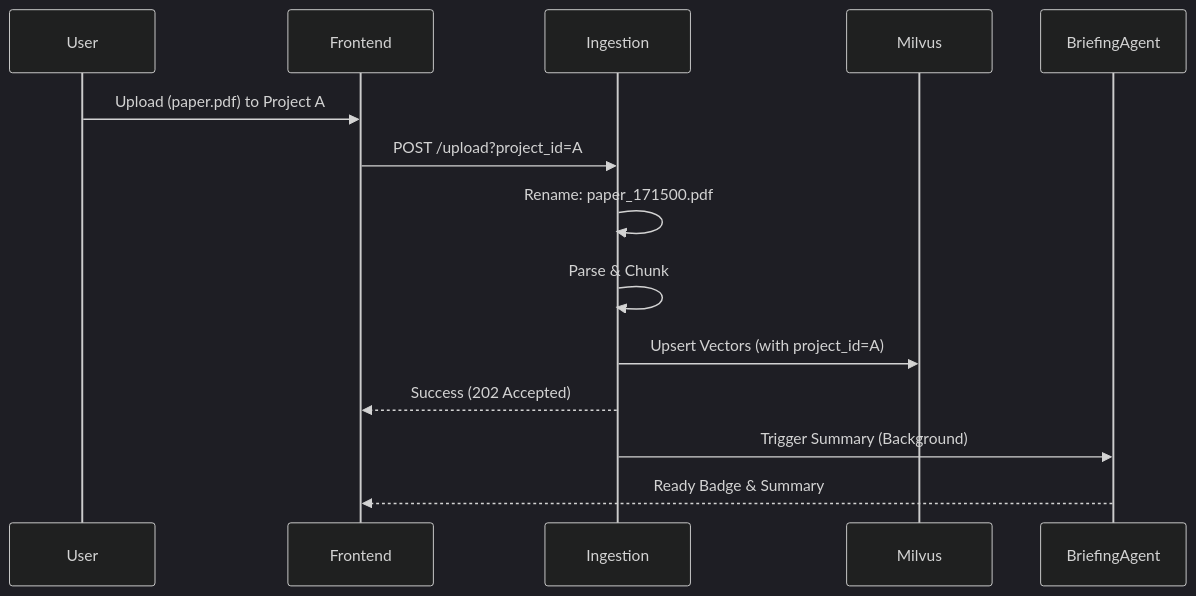
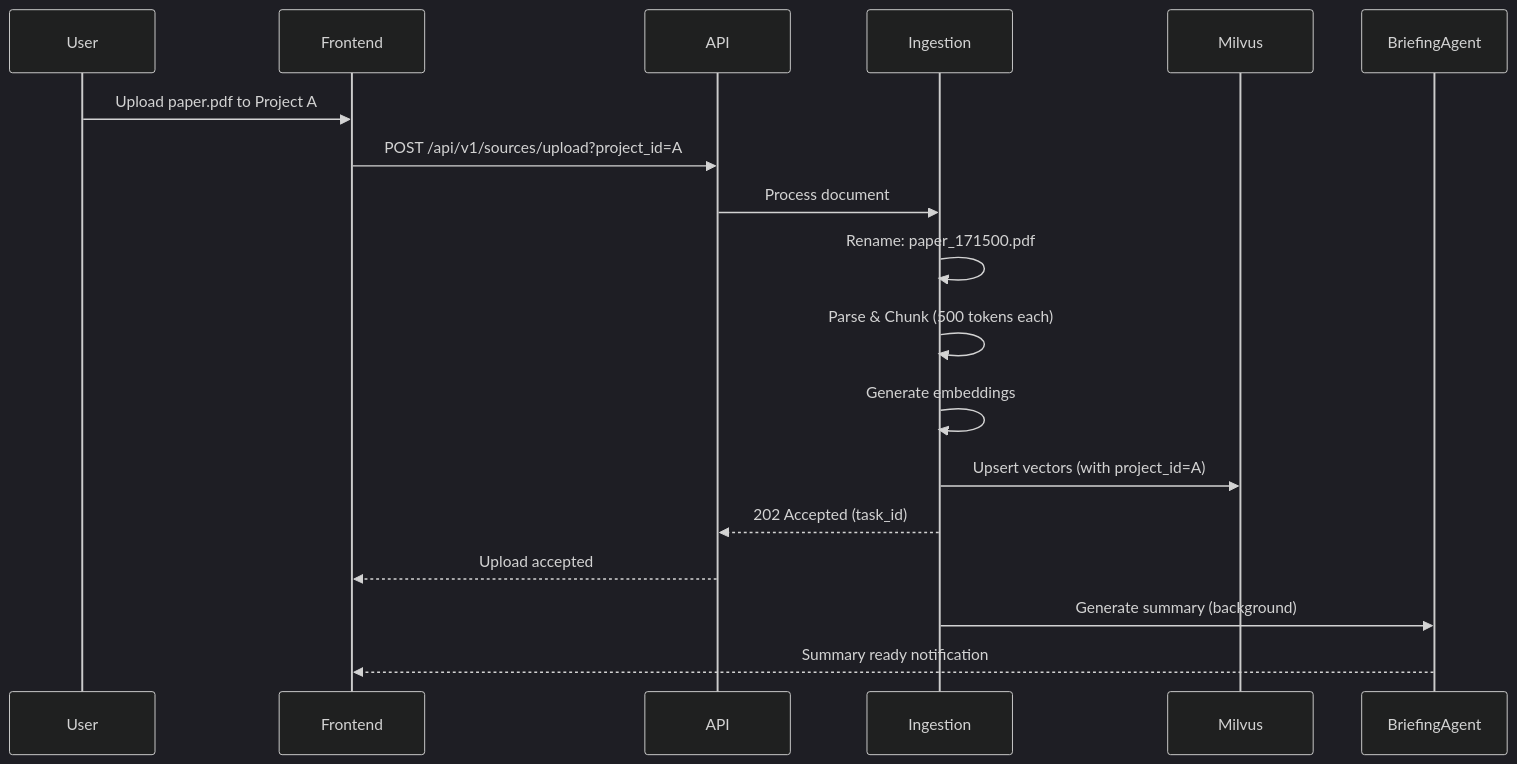
One commit to mukundajmera/Local-Mind changed the second of 3 diagrams in README.md. Above: the diagram before and after it, drawn with Mermaid (dark theme). The commit also changed other lines of this file and 6 other files, not shown here.

Commit message:
docs: Introduce comprehensive documentation including API, architecture, troubleshooting, and tutorial guides, and overhaul the README with detailed project overview and diagrams.

````diff
--- a/README.md
+++ b/README.md
@@ -32,17 +116,21 @@
 ```mermaid
 sequenceDiagram
     participant User
     participant Frontend
+    participant API
     participant Ingestion
     participant Milvus
     participant BriefingAgent
 
-    User->>Frontend: Upload (paper.pdf) to Project A
-    Frontend->>Ingestion: POST /upload?project_id=A
+    User->>Frontend: Upload paper.pdf to Project A
+    Frontend->>API: POST /api/v1/sources/upload?project_id=A
+    API->>Ingestion: Process document
     Ingestion->>Ingestion: Rename: paper_171500.pdf
-    Ingestion->>Ingestion: Parse & Chunk
-    Ingestion->>Milvus: Upsert Vectors (with project_id=A)
-    Ingestion-->>Frontend: Success (202 Accepted)
-    Ingestion->>BriefingAgent: Trigger Summary (Background)
-    BriefingAgent-->>Frontend: Ready Badge & Summary
+    Ingestion->>Ingestion: Parse & Chunk (500 tokens each)
+    Ingestion->>Ingestion: Generate embeddings
+    Ingestion->>Milvus: Upsert vectors (with project_id=A)
+    Ingestion-->>API: 202 Accepted (task_id)
+    API-->>Frontend: Upload accepted
+    Ingestion->>BriefingAgent: Generate summary (background)
+    BriefingAgent-->>Frontend: Summary ready notification
 ```
````
